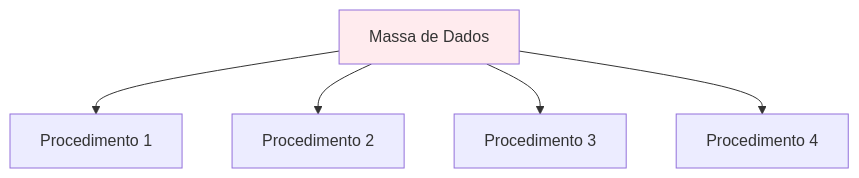
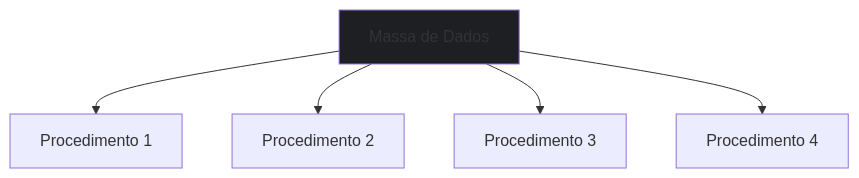
One commit to ThayronyVonHeld/java-backend-journey changed the first of 2 diagrams in Readme - Lessons/object-oriented-programming(oop)/Lesson 1 - What is OOP/lesson-01-pt.md. Above: the diagram before and after it, drawn with Mermaid. The commit also changed other lines of this file and 3 other files, not shown here.

````diff
--- a/Readme - Lessons/object-oriented-programming(oop)/Lesson 1 - What is OOP/lesson-01-pt.md
+++ b/Readme - Lessons/object-oriented-programming(oop)/Lesson 1 - What is OOP/lesson-01-pt.md
@@ -90,9 +90,9 @@
 ```mermaid
 flowchart TD
     A[Massa de Dados] --> B[Procedimento 1]
     A --> C[Procedimento 2]
     A --> D[Procedimento 3]
     A --> E[Procedimento 4]
     
-    style A fill:#ffebee
+    style A fill:#1E1F22
 ```
````
